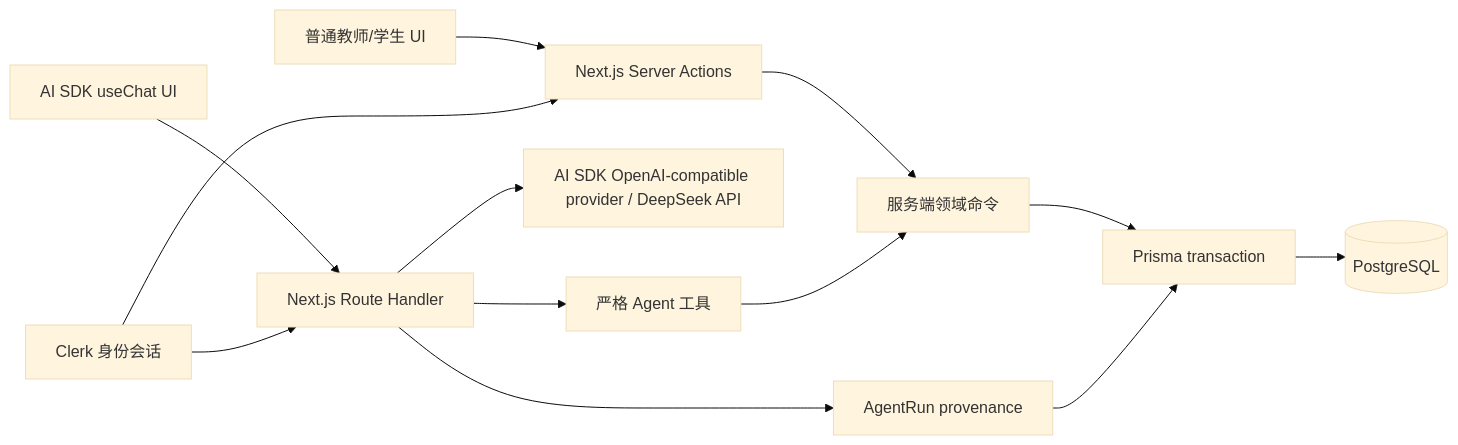
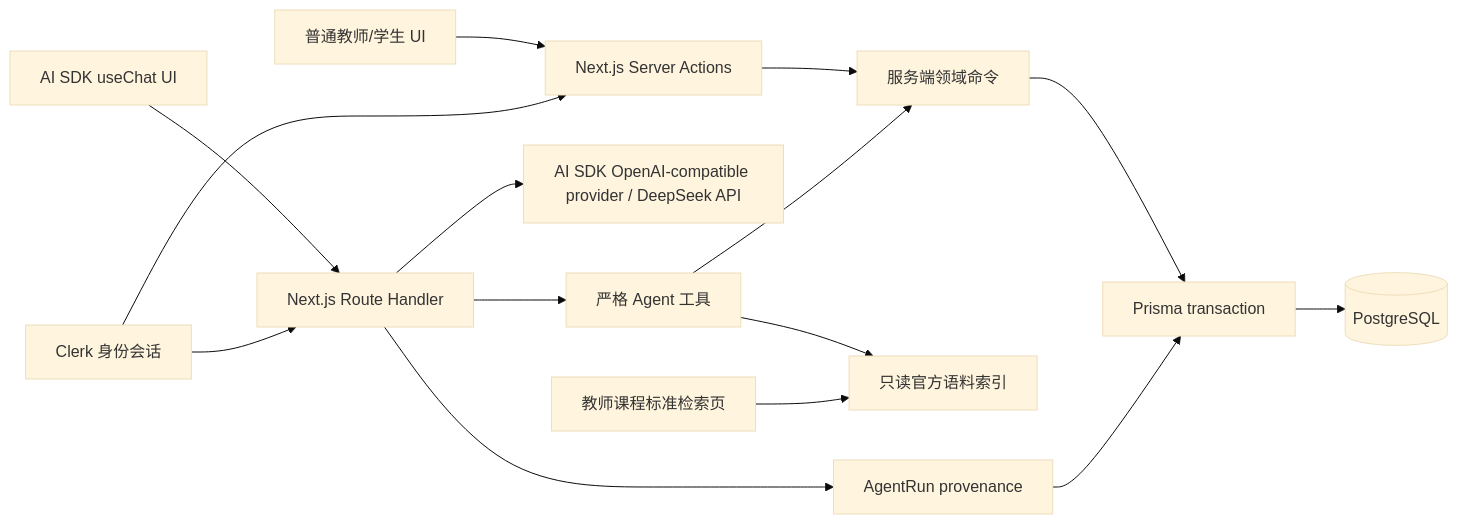
Before and after one commit to linics/cdas-next: the diagram in ARCHITECTURE.md, drawn with Mermaid (base theme). The commit also changed other lines of this file and 6 other files, not shown here.

````diff
--- a/ARCHITECTURE.md
+++ b/ARCHITECTURE.md
@@ -8,15 +8,17 @@
 ```mermaid
 flowchart LR
   UI[普通教师/学生 UI] --> Entry[Next.js Server Actions]
   Agent[AI SDK useChat UI] --> AgentRoute[Next.js Route Handler]
   Clerk[Clerk 身份会话] --> Entry
   Clerk --> AgentRoute
   Entry --> Commands[服务端领域命令]
   AgentRoute --> AI[AI SDK OpenAI-compatible provider / DeepSeek API]
   AgentRoute --> Tools[严格 Agent 工具]
   Tools --> Commands
+  Tools --> Knowledge[只读官方语料索引]
   AgentRoute --> Run[AgentRun provenance]
+  KnowledgePage[教师课程标准检索页] --> Knowledge
   Commands --> Prisma[Prisma transaction]
   Run --> Prisma
   Prisma --> PG[(PostgreSQL)]
 ```
````
